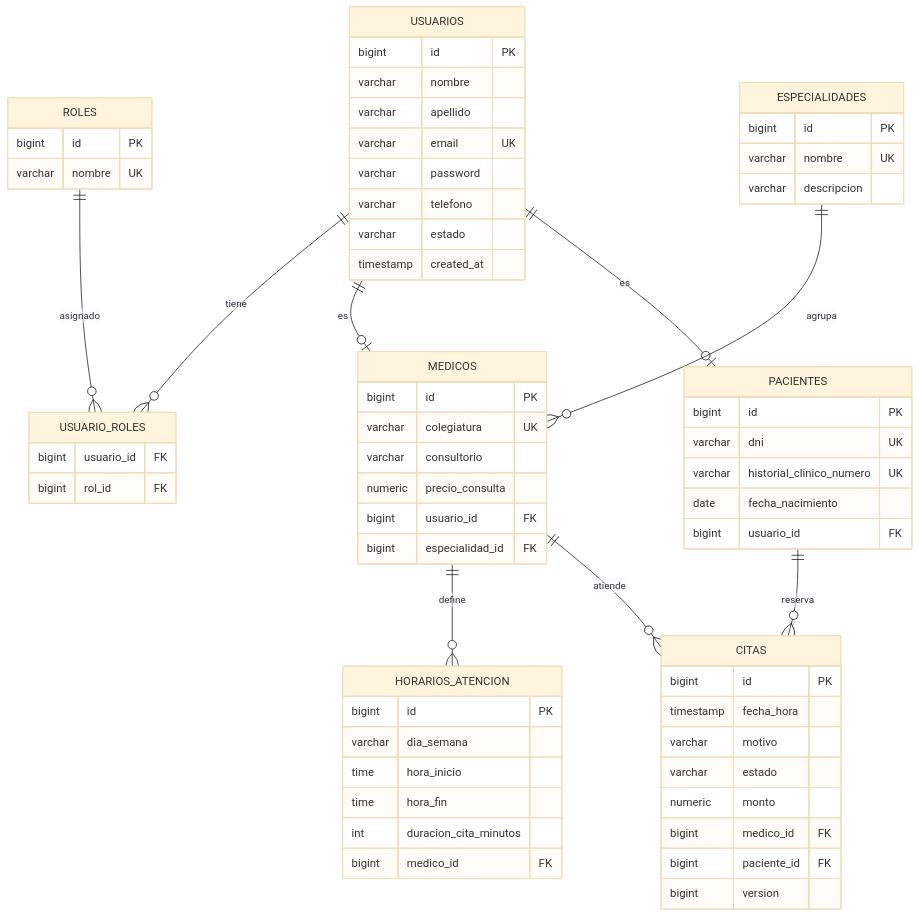
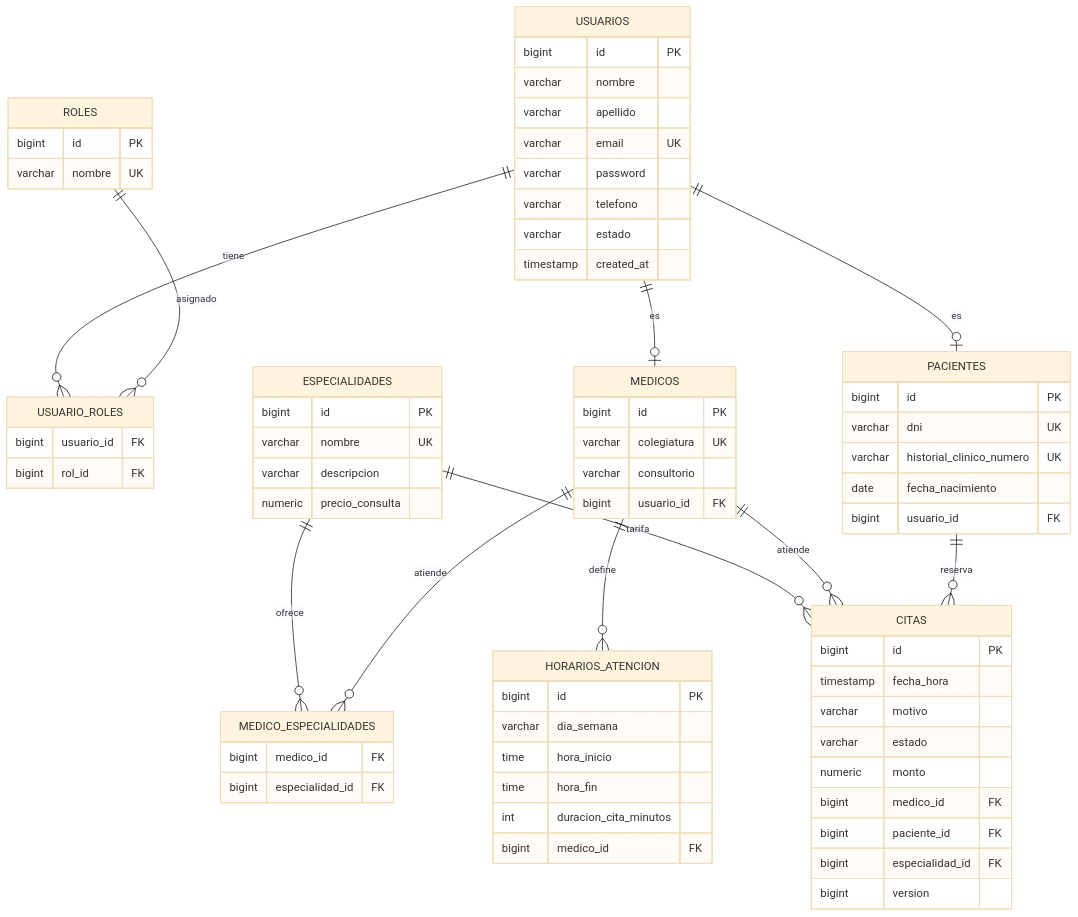
The second of 27 diagrams in README.md (jhonsferg/tusalud), drawn with Mermaid (base theme) before and after one commit. The commit also changed other lines of this file and 2 other files, not shown here.

````diff
--- a/README.md
+++ b/README.md
@@ -301,68 +326,74 @@
 ```mermaid
 erDiagram
     USUARIOS ||--o{ USUARIO_ROLES : tiene
     ROLES ||--o{ USUARIO_ROLES : asignado
     USUARIOS ||--o| MEDICOS : es
     USUARIOS ||--o| PACIENTES : es
-    ESPECIALIDADES ||--o{ MEDICOS : agrupa
+    ESPECIALIDADES ||--o{ MEDICO_ESPECIALIDADES : ofrece
+    MEDICOS ||--o{ MEDICO_ESPECIALIDADES : atiende
+    ESPECIALIDADES ||--o{ CITAS : tarifa
     MEDICOS ||--o{ HORARIOS_ATENCION : define
     MEDICOS ||--o{ CITAS : atiende
     PACIENTES ||--o{ CITAS : reserva
 
     USUARIOS {
         bigint id PK
         varchar nombre
         varchar apellido
         varchar email UK
         varchar password
         varchar telefono
         varchar estado
         timestamp created_at
     }
     ROLES {
         bigint id PK
         varchar nombre UK
     }
     USUARIO_ROLES {
         bigint usuario_id FK
         bigint rol_id FK
     }
     ESPECIALIDADES {
         bigint id PK
         varchar nombre UK
         varchar descripcion
+        numeric precio_consulta
+    }
+    MEDICO_ESPECIALIDADES {
+        bigint medico_id FK
+        bigint especialidad_id FK
     }
     MEDICOS {
         bigint id PK
         varchar colegiatura UK
         varchar consultorio
-        numeric precio_consulta
         bigint usuario_id FK
-        bigint especialidad_id FK
     }
     PACIENTES {
         bigint id PK
         varchar dni UK
         varchar historial_clinico_numero UK
         date fecha_nacimiento
         bigint usuario_id FK
     }
     HORARIOS_ATENCION {
         bigint id PK
         varchar dia_semana
         time hora_inicio
         time hora_fin
         int duracion_cita_minutos
         bigint medico_id FK
     }
     CITAS {
         bigint id PK
         timestamp fecha_hora
         varchar motivo
         varchar estado
         numeric monto
         bigint medico_id FK
         bigint paciente_id FK
+        bigint especialidad_id FK
         bigint version
     }
 ```
````
